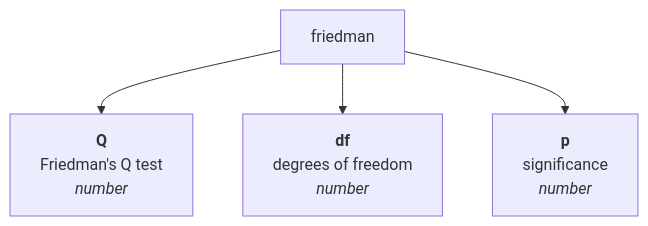
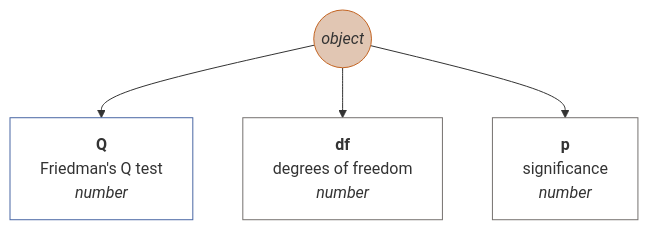
One commit to muzikp/retusa changed diagram 12 of 13 in docs/en-GB/matrix.md. Above: the diagram before and after it, drawn with Mermaid. The commit also changed other lines of this file and 17 other files, not shown here.

````diff
--- a/docs/en-GB/matrix.md
+++ b/docs/en-GB/matrix.md
@@ -577,7 +659,16 @@
 ```mermaid
 graph TD
+friedman((<i>object</i>))
+style friedman fill:#E1C6B3;
+style friedman stroke:#C36422;
 friedman --> Q[<b>Q</b><br>Friedman's Q test <br><i>number</i>]
+style Q fill:#FFFFFF;
+style Q stroke:#4967A4;
 friedman --> df[<b>df</b><br>degrees of freedom <br><i>number</i>]
+style df fill:#FFFFFF;
+style df stroke:#75716F;
 friedman --> p[<b>p</b><br>significance <br><i>number</i>]
+style p fill:#FFFFFF;
+style p stroke:#75716F;
 
 ```
````
